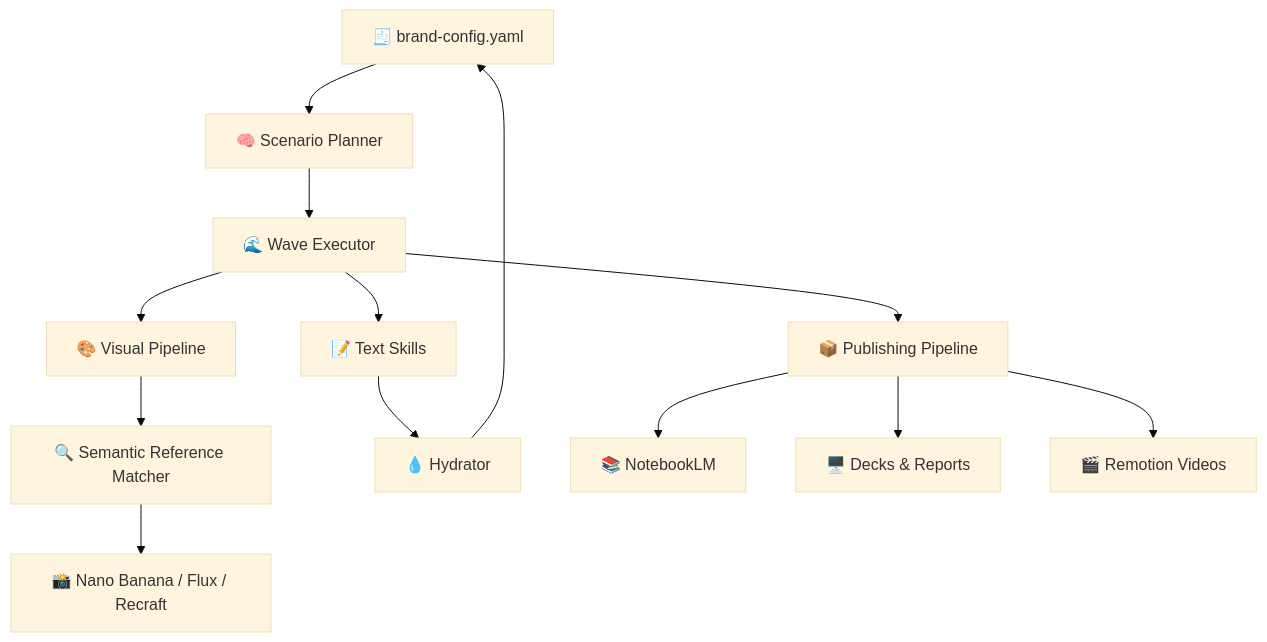
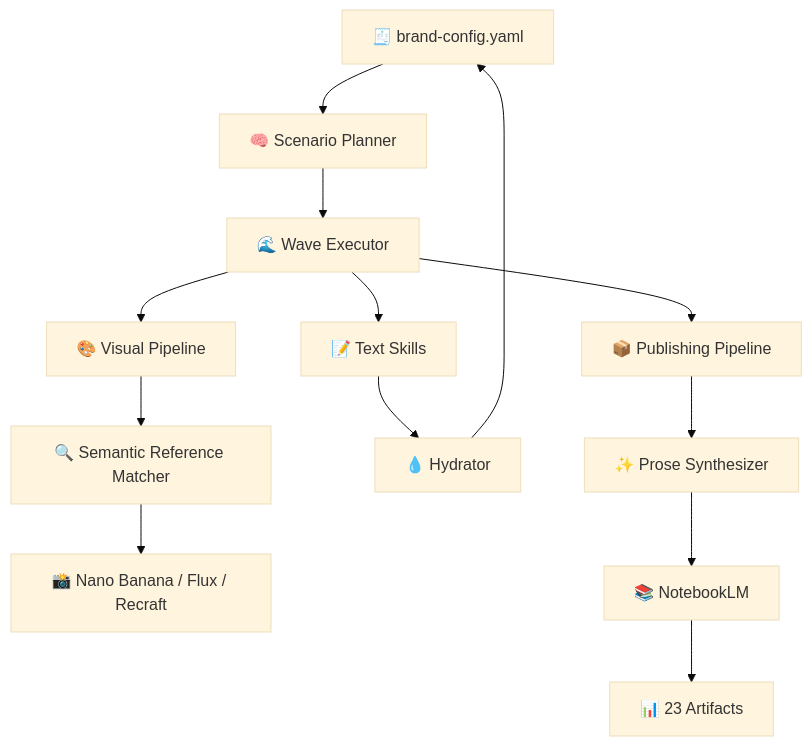
The diagram in README.md (Sheshiyer/brandmint-oracle-aleph), drawn with Mermaid (base theme) before and after one commit. The commit also changed other lines of this file and 3 other files, not shown here.

````diff
--- a/README.md
+++ b/README.md
@@ -141,15 +164,15 @@
 ```mermaid
 graph TD
     A[🧾 brand-config.yaml] --> B[🧠 Scenario Planner]
     B --> C[🌊 Wave Executor]
     C --> D[📝 Text Skills]
     C --> E[🎨 Visual Pipeline]
     E --> K[🔍 Semantic Reference Matcher]
     K --> L[📸 Nano Banana / Flux / Recraft]
     D --> F[💧 Hydrator]
     F --> A
     C --> G[📦 Publishing Pipeline]
-    G --> H[📚 NotebookLM]
-    G --> I[🖥️ Decks & Reports]
-    G --> J[🎬 Remotion Videos]
+    G --> H[✨ Prose Synthesizer]
+    H --> I[📚 NotebookLM]
+    I --> J[📊 23 Artifacts]
 ```
````
